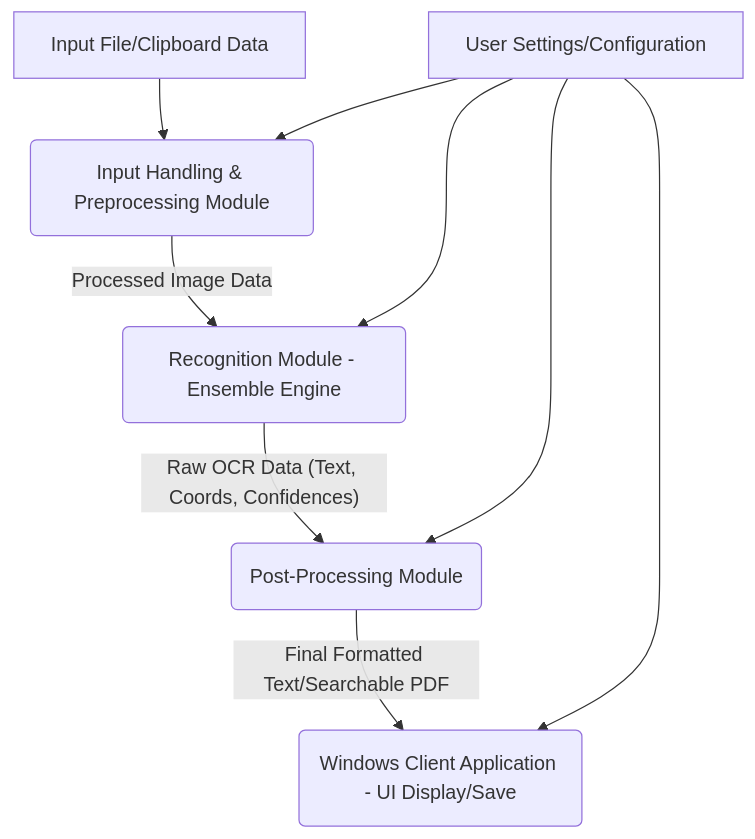
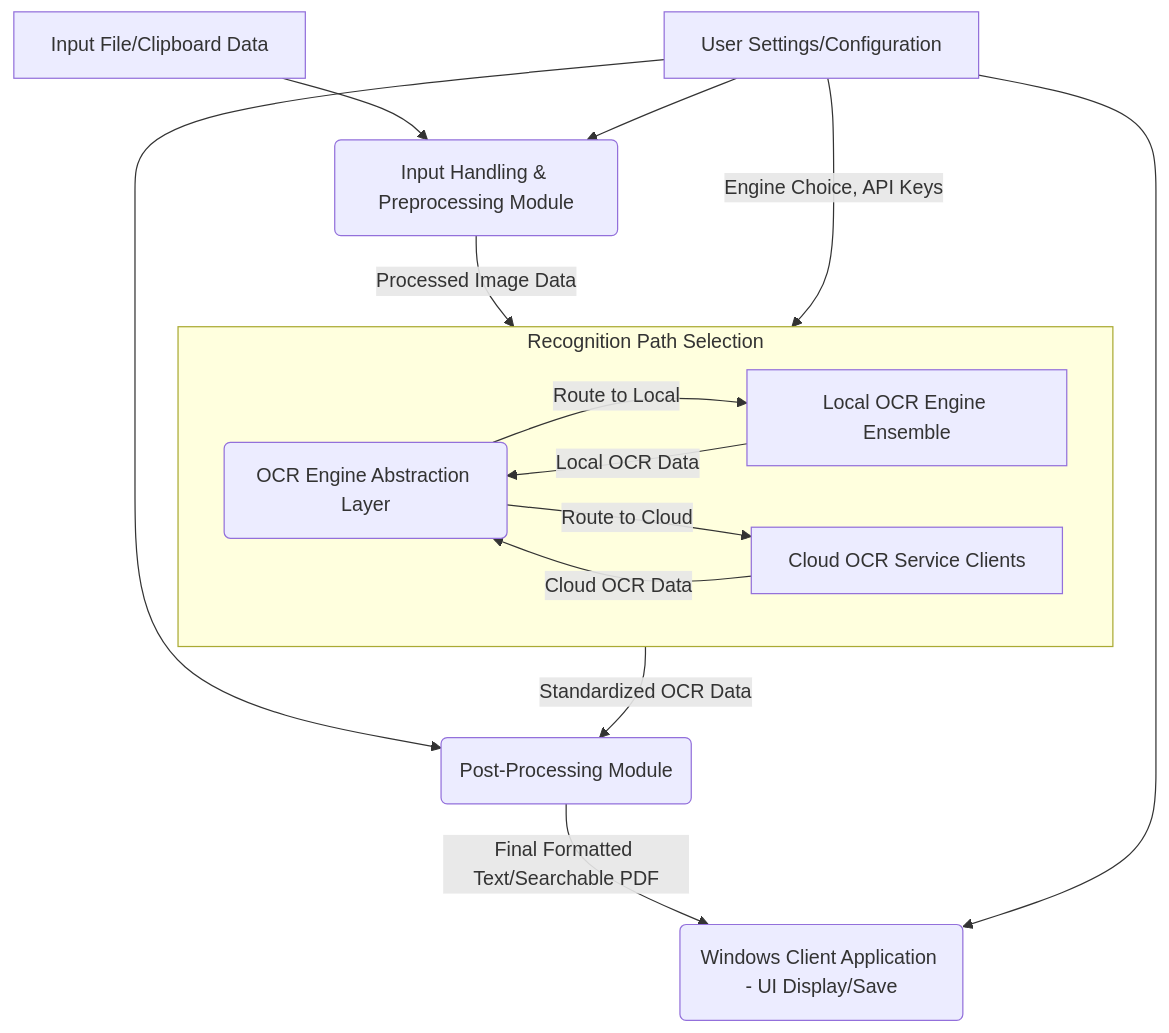
The first of 2 diagrams in OCR-X_Component_Breakdown_OptionB.md (rajasekarnp1/ocr), drawn with Mermaid before and after one commit. The commit also changed other lines of this file and 5 other files, not shown here.

````diff
--- a/OCR-X_Component_Breakdown_OptionB.md
+++ b/OCR-X_Component_Breakdown_OptionB.md
@@ -147,11 +159,19 @@
 ```mermaid
 graph TD
     A[Input File/Clipboard Data] --> B(Input Handling & Preprocessing Module);
-    B -- Processed Image Data --> C(Recognition Module - Ensemble Engine);
-    C -- Raw OCR Data (Text, Coords, Confidences) --> D(Post-Processing Module);
+    B -- Processed Image Data --> AbsL(OCR Engine Abstraction Layer);
+    subgraph "Recognition Path Selection"
+        direction LR
+        AbsL -- Route to Local --> LocalRM[Local OCR Engine Ensemble];
+        AbsL -- Route to Cloud --> CloudC[Cloud OCR Service Clients];
+    end
+    LocalRM -- Local OCR Data --> AbsL;
+    CloudC -- Cloud OCR Data --> AbsL;
+    AbsL -- Standardized OCR Data --> D(Post-Processing Module);
     D -- Final Formatted Text/Searchable PDF --> E(Windows Client Application - UI Display/Save);
+
     F[User Settings/Configuration] --> B;
-    F --> C;
+    F -- Engine Choice, API Keys --> AbsL;
     F --> D;
     F --> E;
 ```
````
